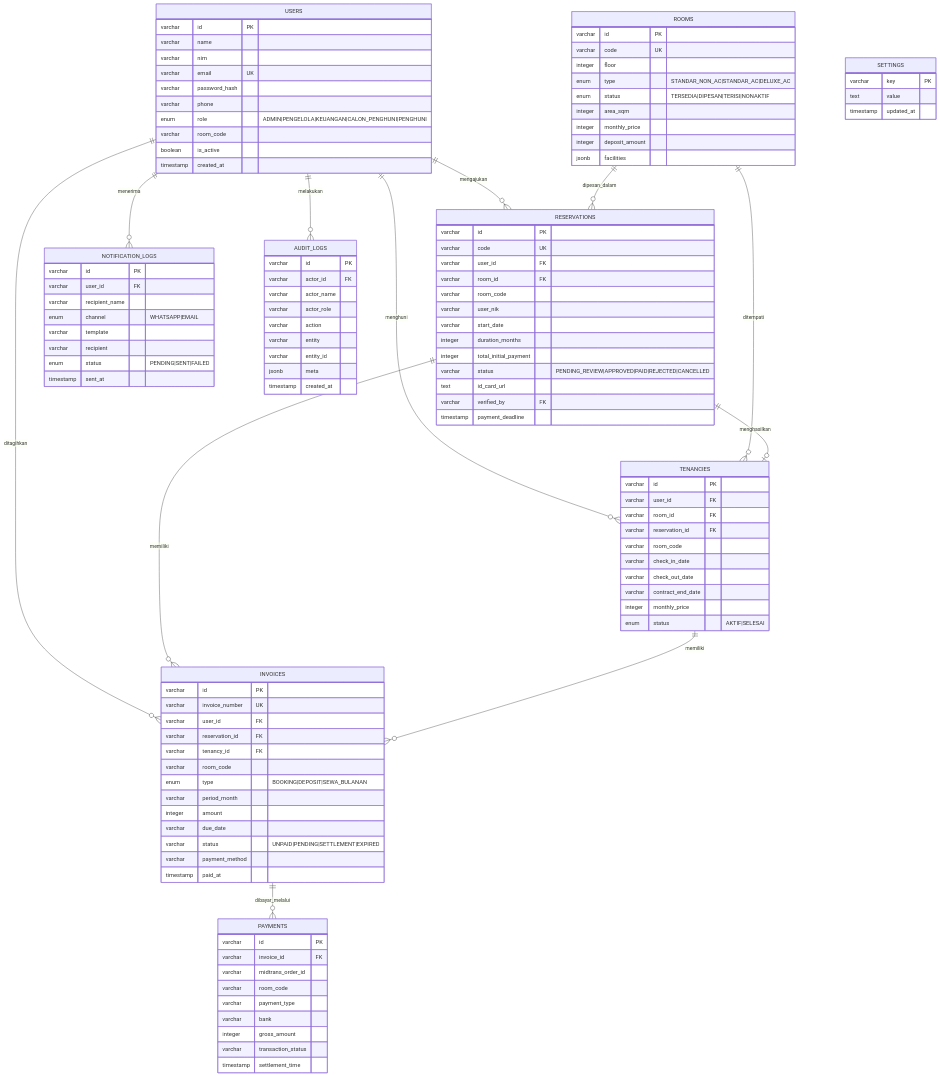
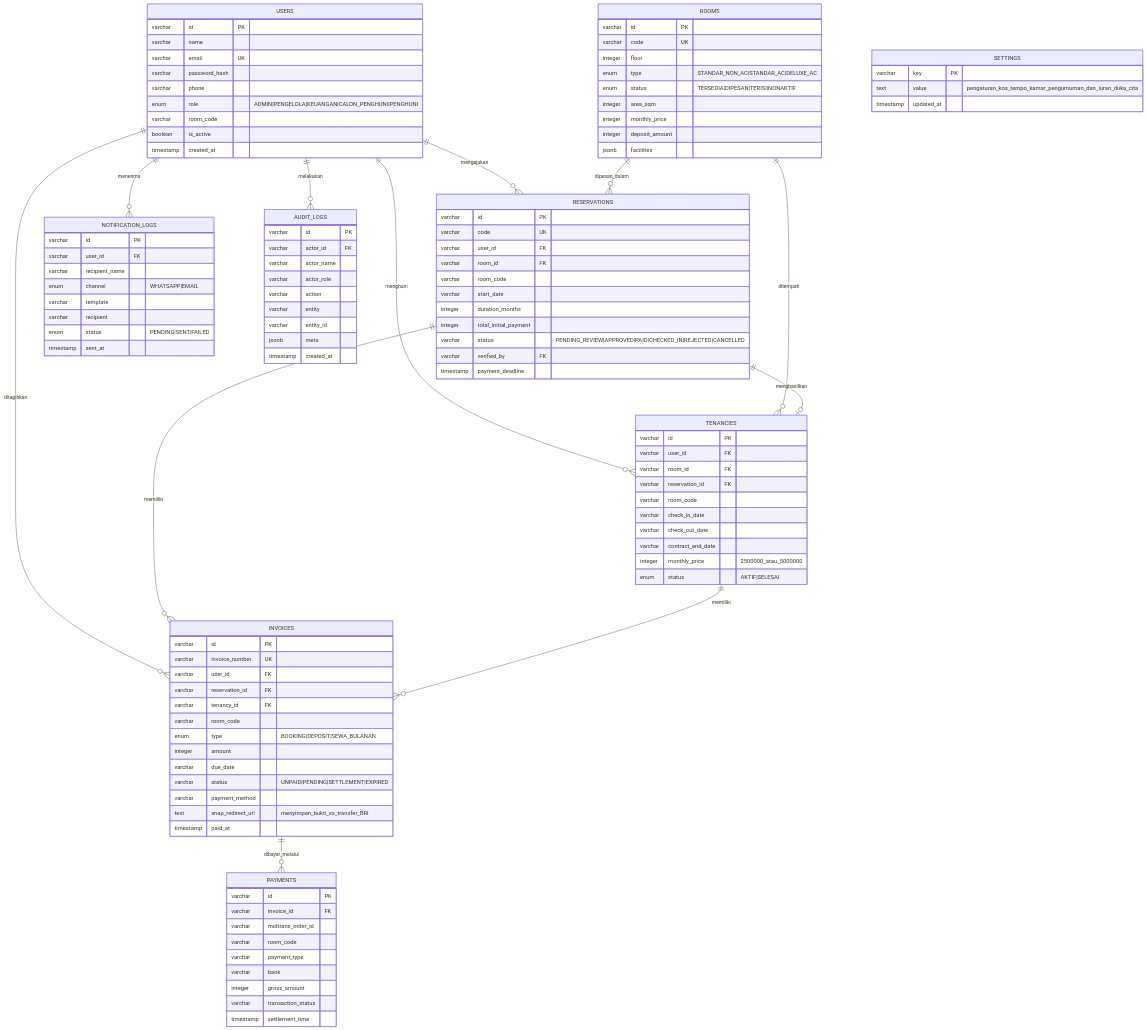
Before and after one commit to citraiqhlim77-sudo/kos_omi: the third of 3 diagrams in docs/alur_sistem_dan_diagram_kos_omi.md, drawn with Mermaid. The commit also changed other lines of this file and 1 other file, not shown here.

Commit message:
docs: update system flow diagrams and 24-scenario Black-Box Testing report

````diff
--- a/docs/alur_sistem_dan_diagram_kos_omi.md
+++ b/docs/alur_sistem_dan_diagram_kos_omi.md
@@ -204,7 +162,6 @@
     USERS {
         varchar id PK
         varchar name
-        varchar nim
         varchar email UK
         varchar password_hash
         varchar phone
@@ -232,12 +189,10 @@
         varchar user_id FK
         varchar room_id FK
         varchar room_code
-        varchar user_nik
         varchar start_date
         integer duration_months
         integer total_initial_payment
-        varchar status "PENDING_REVIEW|APPROVED|PAID|REJECTED|CANCELLED"
-        text id_card_url
+        varchar status "PENDING_REVIEW|APPROVED|PAID|CHECKED_IN|REJECTED|CANCELLED"
         varchar verified_by FK
         timestamp payment_deadline
     }
@@ -251,7 +206,7 @@
         varchar check_in_date
         varchar check_out_date
         varchar contract_end_date
-        integer monthly_price
+        integer monthly_price "2500000_atau_5000000"
         enum status "AKTIF|SELESAI"
     }
 
@@ -263,11 +218,11 @@
         varchar tenancy_id FK
         varchar room_code
         enum type "BOOKING|DEPOSIT|SEWA_BULANAN"
-        varchar period_month
         integer amount
         varchar due_date
         varchar status "UNPAID|PENDING|SETTLEMENT|EXPIRED"
         varchar payment_method
+        text snap_redirect_url "menyimpan_bukti_ss_transfer_BRI"
         timestamp paid_at
     }
 
@@ -308,7 +263,7 @@
 
     SETTINGS {
         varchar key PK
-        text value
+        text value "pengaturan_kos_tempo_kamar_pengumuman_dan_iuran_duka_cita"
         timestamp updated_at
     }
 ```
````
